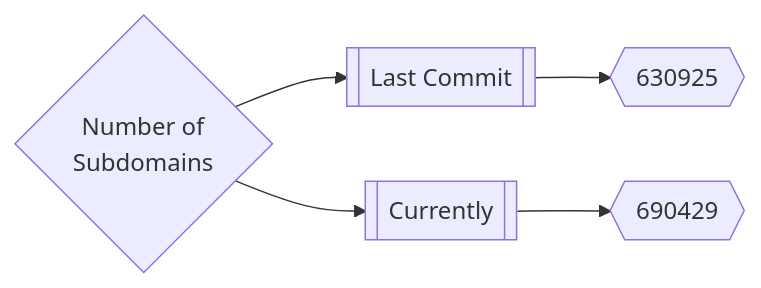
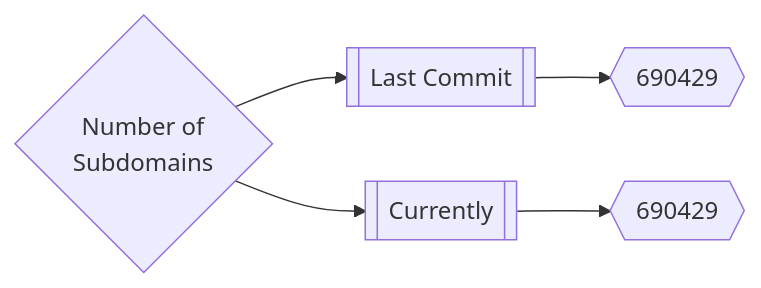
The first of 3 diagrams in README.md (trickest/inventory), drawn with Mermaid before and after one commit.

Commit message:
Update Tue Mar 15 01:44:28 UTC 2022

````diff
--- a/README.md
+++ b/README.md
@@ -165,5 +165,5 @@
 ```mermaid
 graph LR
-title{Number of<br>Subdomains} --> subdomainsDate1[[Last Commit]] --> subdomainsNum1{{630925}}
+title{Number of<br>Subdomains} --> subdomainsDate1[[Last Commit]] --> subdomainsNum1{{690429}}
 title --> subdomainsDate2[[Currently]] --> subdomainsNum2{{690429}}
 ```
````
